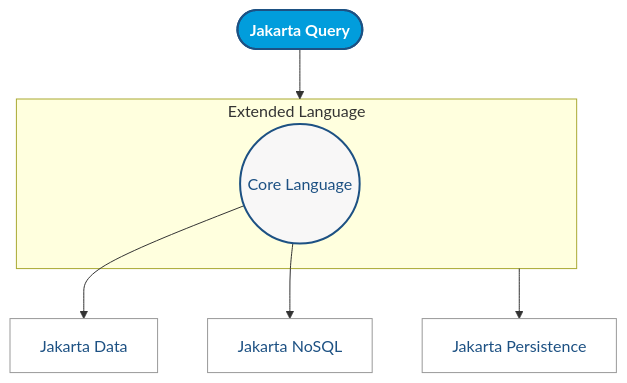
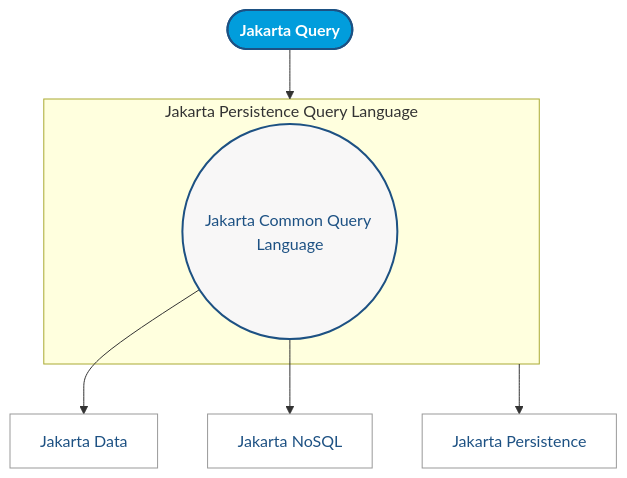
Before and after one commit to jakartaee/query: the second of 3 diagrams in README.md, drawn with Mermaid. The commit also changed other lines of this file and 8 other files, not shown here.

Commit message:
Issue #98 standard terminology for specs to refer to query language

````diff
--- a/README.md
+++ b/README.md
@@ -37,18 +38,18 @@
 ```mermaid
 graph TB
     JQ([Jakarta Query]):::main
 
-    subgraph Extended["Extended Language"]
-        Core((Core Language)):::core
+    subgraph Persistence["Jakarta Persistence Query Language"]
+        Common((Jakarta Common Query Language)):::common
     end
 
-    Core --> JD[Jakarta Data]:::spec
-    Core --> JN[Jakarta NoSQL]:::spec
-    Extended --> JP[Jakarta Persistence]:::spec
+    Common --> JD[Jakarta Data]:::spec
+    Common --> JN[Jakarta NoSQL]:::spec
+    Persistence --> JP[Jakarta Persistence]:::spec
 
-    JQ --> Extended
+    JQ --> Persistence
 
     classDef main fill:#019DDC,stroke:#1D5183,stroke-width:2px,color:#fff,font-weight:bold
-    classDef core fill:#F8F7F7,stroke:#1D5183,stroke-width:2px,color:#1D5183
+    classDef common fill:#F8F7F7,stroke:#1D5183,stroke-width:2px,color:#1D5183
     classDef spec fill:#ffffff,stroke:#999,stroke-width:1px,color:#1D5183
 ```
````
